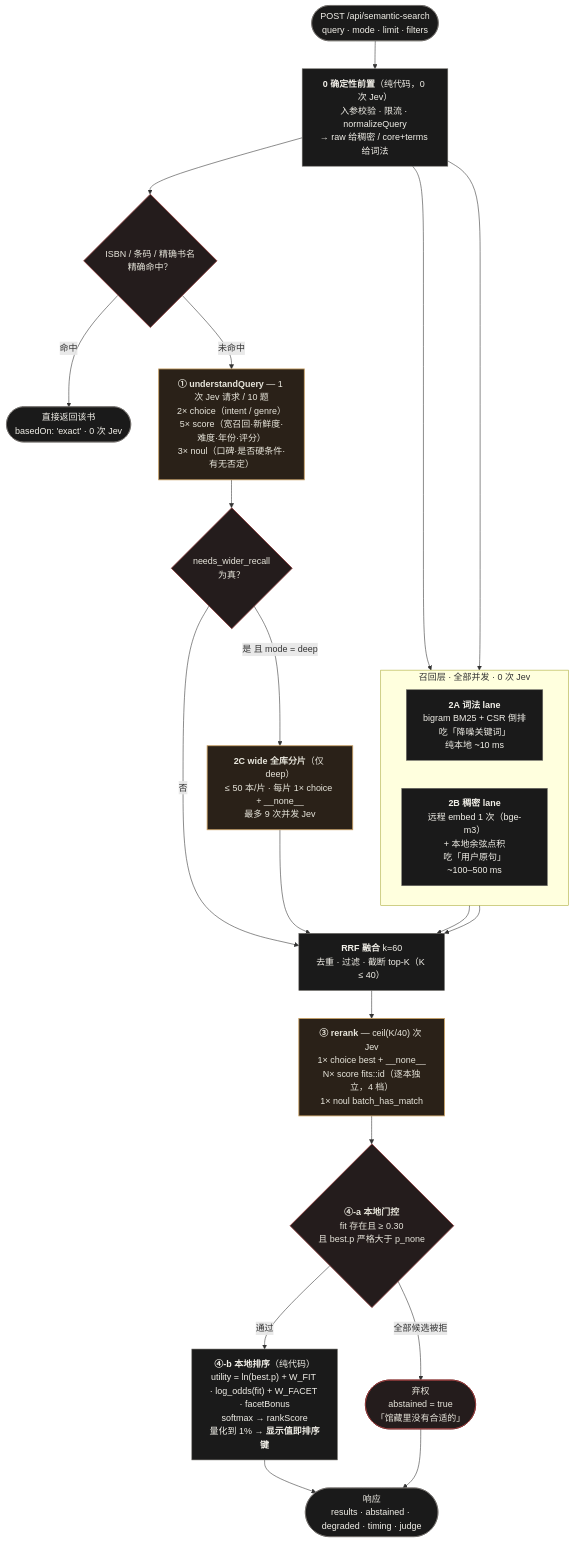
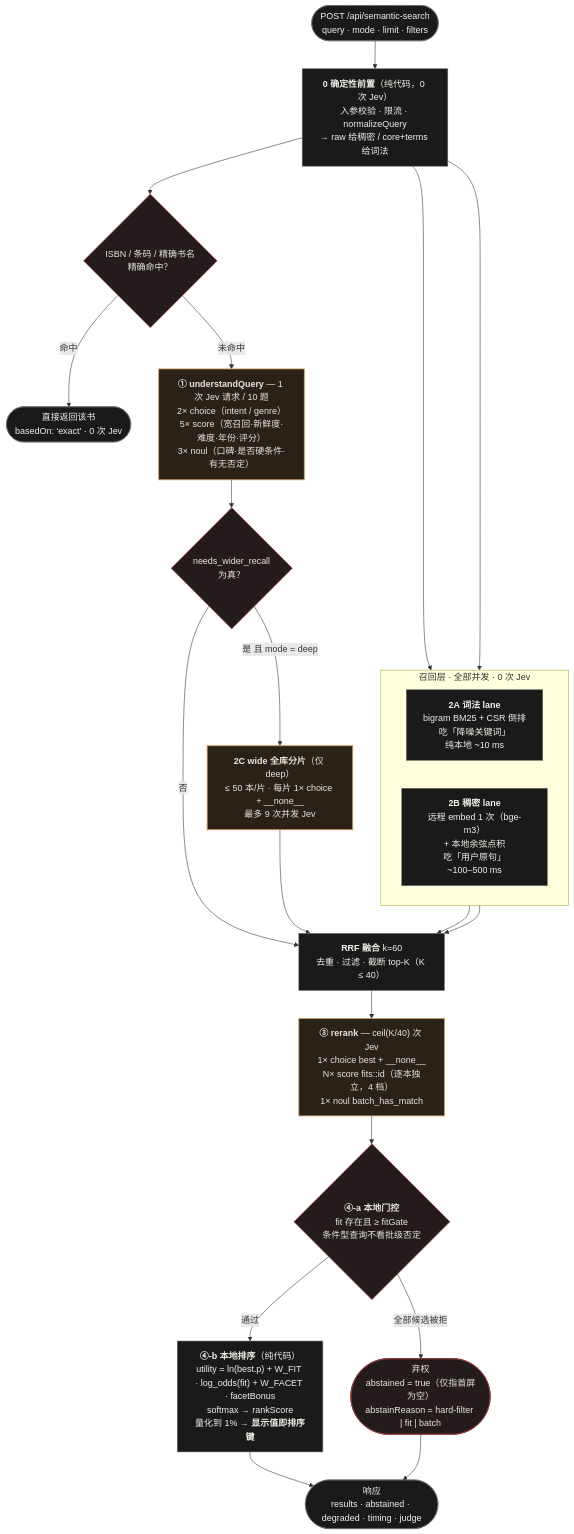
Before and after one commit to xulei-shl/book-echoes-aibot: the first of 6 diagrams in docs/jev-docs/需求/语义检索-设计方案.md, drawn with Mermaid. The commit also changed other lines of this file and 10 other files, not shown here.

First line of the commit message:
语义检索门控改造：撤掉 best.p > p_none，并按成因统一弃权语义

````diff
--- a/docs/jev-docs/需求/语义检索-设计方案.md
+++ b/docs/jev-docs/需求/语义检索-设计方案.md
@@ -195,56 +195,56 @@
 ```mermaid
 flowchart TD
     Q(["POST /api/semantic-search<br/>query · mode · limit · filters"])
 
     P0["<b>0 确定性前置</b>（纯代码，0 次 Jev）<br/>入参校验 · 限流 · normalizeQuery<br/>→ raw 给稠密 / core+terms 给词法"]
 
     EXACT{"ISBN / 条码 / 精确书名<br/>精确命中？"}
     EX(["直接返回该书<br/>basedOn: 'exact' · 0 次 Jev"])
 
     U["<b>① understandQuery</b> — 1 次 Jev 请求 / 10 题<br/>2× choice（intent / genre）<br/>5× score（宽召回·新鲜度·难度·年份·评分）<br/>3× noul（口碑·是否硬条件·有无否定）"]
 
     subgraph RECALL["召回层 · 全部并发 · 0 次 Jev"]
         direction LR
         LEX["<b>2A 词法 lane</b><br/>bigram BM25 + CSR 倒排<br/>吃「降噪关键词」<br/>纯本地 ~10 ms"]
         DENSE["<b>2B 稠密 lane</b><br/>远程 embed 1 次（bge-m3）<br/>+ 本地余弦点积<br/>吃「用户原句」<br/>~100–500 ms"]
     end
 
     NEED{"needs_wider_recall<br/>为真？"}
     WIDE["<b>2C wide 全库分片</b>（仅 deep）<br/>≤ 50 本/片 · 每片 1× choice + __none__<br/>最多 9 次并发 Jev"]
 
     RRF["<b>RRF 融合</b> k=60<br/>去重 · 过滤 · 截断 top-K（K ≤ 40）"]
 
     RERANK["<b>③ rerank</b> — ceil(K/40) 次 Jev<br/>1× choice best + __none__<br/>N× score fits::id（逐本独立，4 档）<br/>1× noul batch_has_match"]
 
-    GATE{"<b>④-a 本地门控</b><br/>fit 存在且 ≥ 0.30<br/>且 best.p 严格大于 p_none"}
-    ABSTAIN(["弃权<br/>abstained = true<br/>「馆藏里没有合适的」"])
+    GATE{"<b>④-a 本地门控</b><br/>fit 存在且 ≥ fitGate<br/>条件型查询不看批级否定"}
+    ABSTAIN(["弃权<br/>abstained = true（仅指首屏为空）<br/>abstainReason = hard-filter | fit | batch"])
 
     RANK["<b>④-b 本地排序</b>（纯代码）<br/>utility = ln(best.p) + W_FIT · log_odds(fit) + W_FACET · facetBonus<br/>softmax → rankScore<br/>量化到 1% → <b>显示值即排序键</b>"]
 
     OUT(["响应<br/>results · abstained · degraded · timing · judge"])
 
     Q --> P0 --> EXACT
     EXACT -->|命中| EX
     EXACT -->|未命中| U
     P0 --> LEX
     P0 --> DENSE
     U --> NEED
     NEED -->|"是 且 mode = deep"| WIDE
     NEED -->|"否"| RRF
     WIDE --> RRF
     LEX --> RRF
     DENSE --> RRF
     RRF --> RERANK
     RERANK --> GATE
     GATE -->|通过| RANK
     GATE -->|全部候选被拒| ABSTAIN
     RANK --> OUT
     ABSTAIN --> OUT
 
     classDef jev fill:#2a2118,stroke:#C9A063,stroke-width:1.5px,color:#E8E6DC
     classDef code fill:#1a1a1a,stroke:#6F6D68,stroke-width:1px,color:#F2F0E9
     classDef gate fill:#241c1c,stroke:#8B3A3A,stroke-width:1.5px,color:#E8E6DC
     class U,WIDE,RERANK jev
     class P0,LEX,DENSE,RRF,RANK,EX,OUT,Q code
     class EXACT,NEED,GATE,ABSTAIN gate
 ```
````
